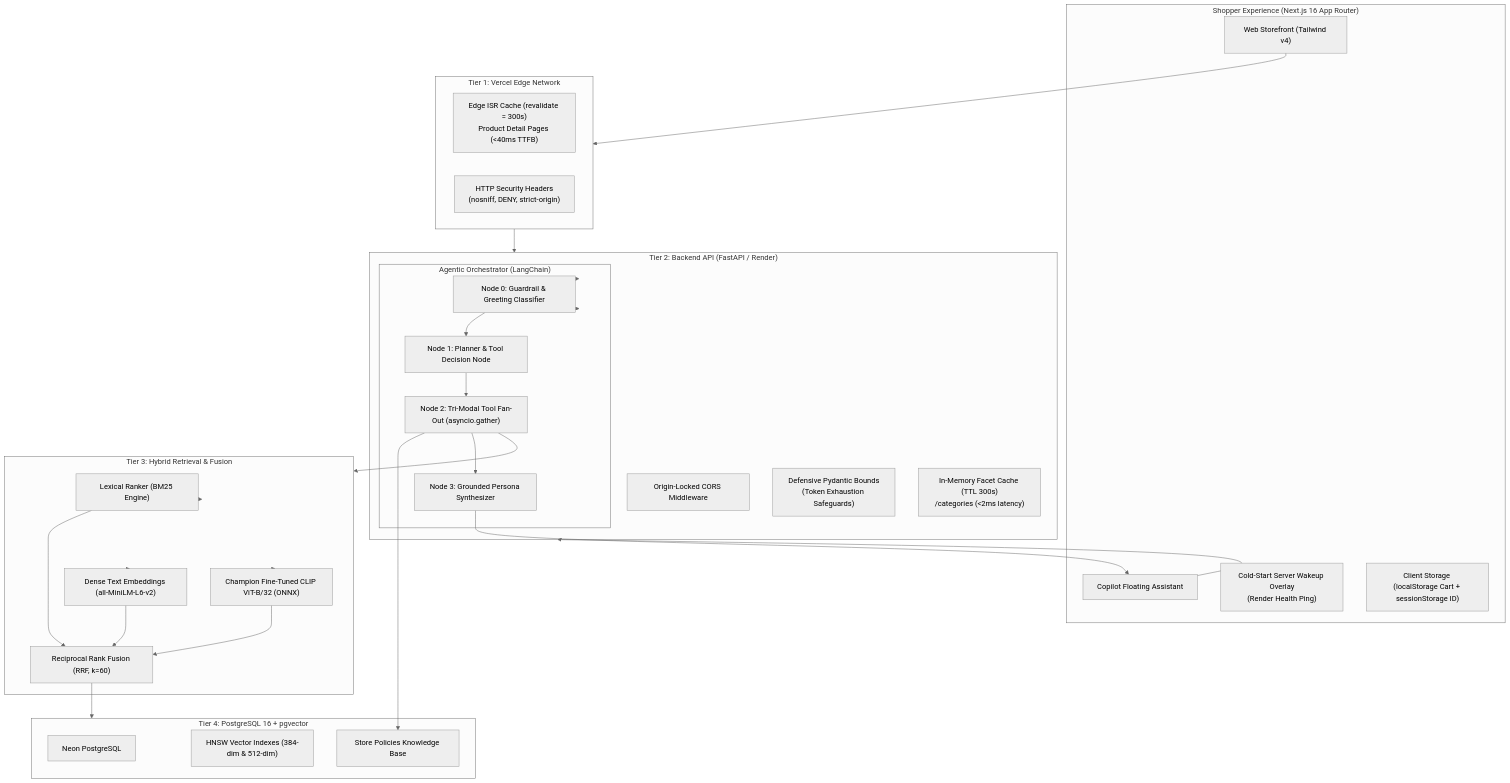
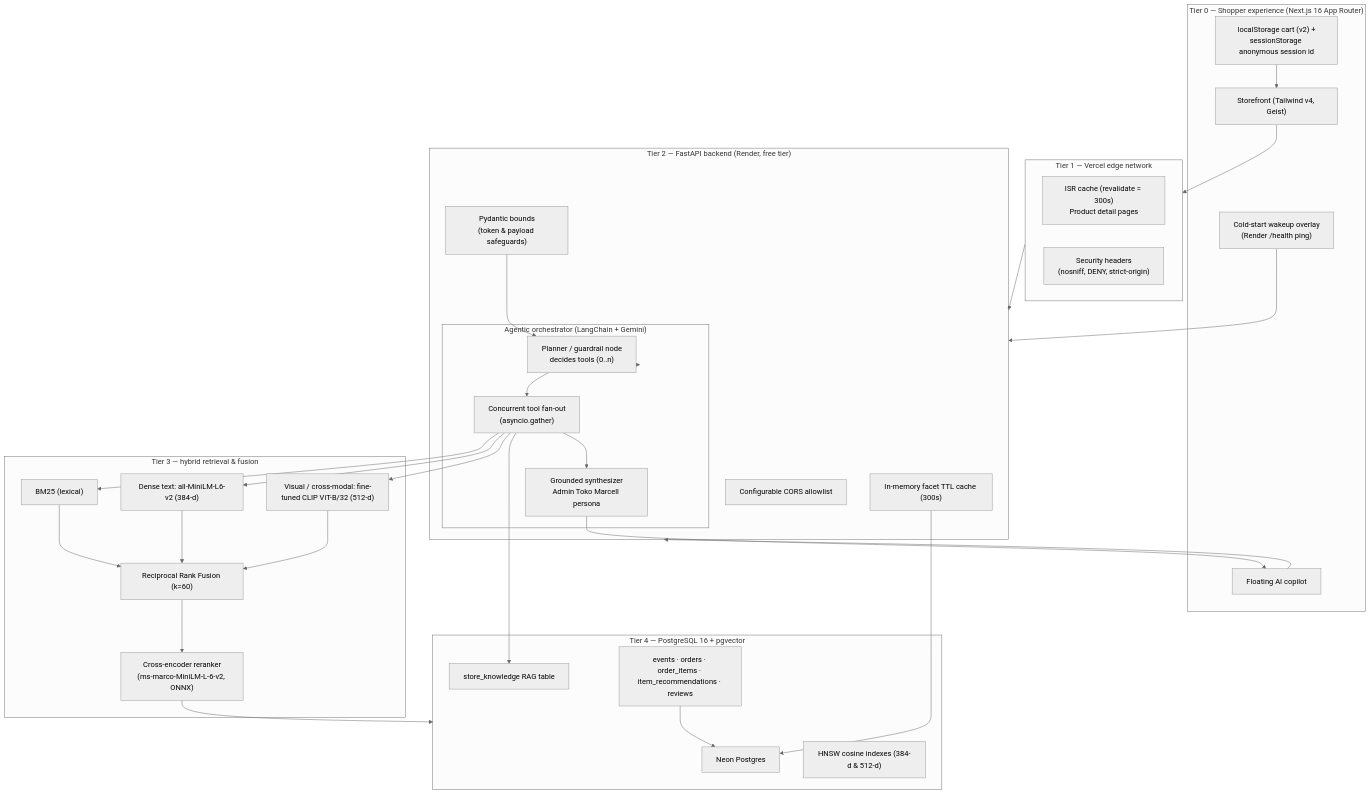
One commit to marknshoot/toko-marcell changed the first of 4 diagrams in README.md. Above: the diagram before and after it, drawn with Mermaid (neutral theme). The commit also changed other lines of this file and 20 other files, not shown here.

````diff
--- a/README.md
+++ b/README.md
@@ -23,52 +81,53 @@
 ```mermaid
 flowchart TD
-    subgraph Client["Shopper Experience (Next.js 16 App Router)"]
-        UI["Web Storefront (Tailwind v4)"]
-        Chat["Copilot Floating Assistant"]
-        Wakeup["Cold-Start Server Wakeup Overlay<br/>(Render Health Ping)"]
-        ClientState["Client Storage (localStorage Cart + sessionStorage ID)"]
+    subgraph Client["Tier 0 — Shopper experience (Next.js 16 App Router)"]
+        UI["Storefront (Tailwind v4, Geist)"]
+        Chat["Floating AI copilot"]
+        Wakeup["Cold-start wakeup overlay<br/>(Render /health ping)"]
+        ClientState["localStorage cart (v2) +<br/>sessionStorage anonymous session id"]
     end
 
-    subgraph Edge["Tier 1: Vercel Edge Network"]
-        ISR["Edge ISR Cache (revalidate = 300s)<br/>Product Detail Pages (<40ms TTFB)"]
-        SecHeaders["HTTP Security Headers<br/>(nosniff, DENY, strict-origin)"]
+    subgraph Edge["Tier 1 — Vercel edge network"]
+        ISR["ISR cache (revalidate = 300s)<br/>Product detail pages"]
+        Headers["Security headers<br/>(nosniff, DENY, strict-origin)"]
     end
 
-    subgraph Serving["Tier 2: Backend API (FastAPI / Render)"]
-        CORS["Origin-Locked CORS Middleware"]
-        InputVal["Defensive Pydantic Bounds<br/>(Token Exhaustion Safeguards)"]
-        MemCache["In-Memory Facet Cache (TTL 300s)<br/>/categories (<2ms latency)"]
-        
-        subgraph Orchestration["Agentic Orchestrator (LangChain)"]
-            Node0["Node 0: Guardrail & Greeting Classifier"]
-            Node1["Node 1: Planner & Tool Decision Node"]
-            Node2["Node 2: Tri-Modal Tool Fan-Out (asyncio.gather)"]
-            Node3["Node 3: Grounded Persona Synthesizer"]
+    subgraph API["Tier 2 — FastAPI backend (Render, free tier)"]
+        CORS["Configurable CORS allowlist"]
+        Cache["In-memory facet TTL cache (300s)"]
+        Val["Pydantic bounds<br/>(token & payload safeguards)"]
+        subgraph Orchestration["Agentic orchestrator (LangChain + Gemini)"]
+            Planner["Planner / guardrail node<br/>decides tools (0..n)"]
+            Fanout["Concurrent tool fan-out<br/>(asyncio.gather)"]
+            Synth["Grounded synthesizer<br/>Admin Toko Marcell persona"]
         end
     end
 
-    subgraph Search["Tier 3: Hybrid Retrieval & Fusion"]
-        BM25["Lexical Ranker (BM25 Engine)"]
-        DenseText["Dense Text Embeddings (all-MiniLM-L6-v2)"]
-        VLM["Champion Fine-Tuned CLIP ViT-B/32 (ONNX)"]
-        RRF["Reciprocal Rank Fusion (RRF, k=60)"]
+    subgraph Retrieval["Tier 3 — hybrid retrieval & fusion"]
+        BM25["BM25 (lexical)"]
+        MiniLM["Dense text: all-MiniLM-L6-v2 (384-d)"]
+        CLIP["Visual / cross-modal: fine-tuned CLIP ViT-B/32 (512-d)"]
+        RRF["Reciprocal Rank Fusion (k=60)"]
+        CE["Cross-encoder reranker<br/>(ms-marco-MiniLM-L-6-v2, ONNX)"]
     end
 
-    subgraph Storage["Tier 4: PostgreSQL 16 + pgvector"]
-        PG["Neon PostgreSQL"]
-        HNSW["HNSW Vector Indexes (384-dim & 512-dim)"]
-        RAG["Store Policies Knowledge Base"]
+    subgraph Storage["Tier 4 — PostgreSQL 16 + pgvector"]
+        PG["Neon Postgres"]
+        HNSW["HNSW cosine indexes (384-d & 512-d)"]
+        RAG["store_knowledge RAG table"]
+        Ops["events · orders · order_items · item_recommendations · reviews"]
     end
 
-    UI --> Edge
-    Edge --> Serving
-    Chat --> Serving
-    Serving --> Orchestration
-    Orchestration --> Node0 --> Node1 --> Node2
-    Node2 --> Search
-    Search --> BM25 & DenseText & VLM
-    BM25 & DenseText & VLM --> RRF --> Storage
-    Node2 --> RAG
-    Node2 --> Node3
-    Node3 --> Chat
+    UI --> Edge --> API
+    Chat --> API
+    Wakeup --> API
+    ClientState --> UI
+    API --> Planner --> Fanout
+    Fanout --> BM25 & MiniLM & CLIP
+    BM25 & MiniLM & CLIP --> RRF --> CE --> Storage
+    Fanout --> RAG
+    Fanout --> Synth --> Chat
+    Cache --> PG
+    Val --> Planner
+    Ops --> PG
 ```
````
